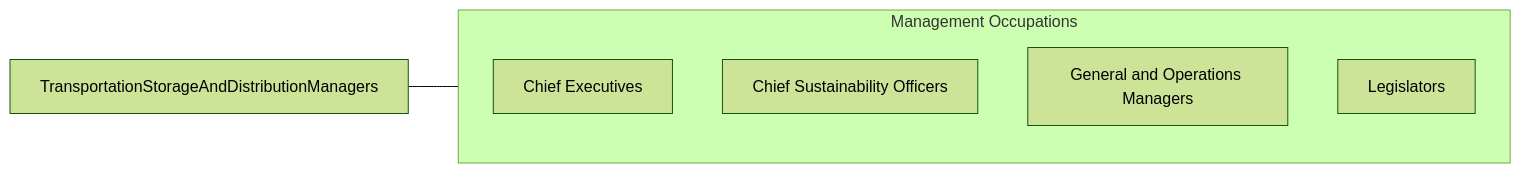
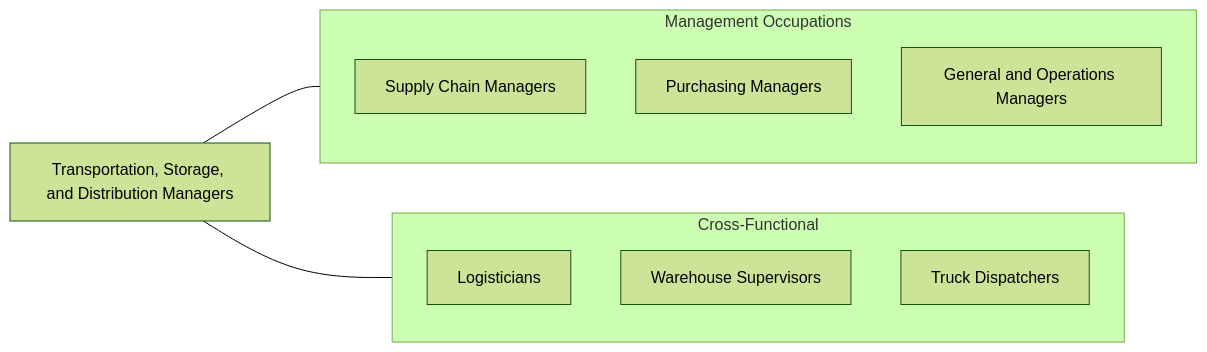
One commit to kziemski/business.org.ai changed the fourth of 4 diagrams in occupations/Management/TransportationStorageAndDistributionManagers.mdx. Above: the diagram before and after it, drawn with Mermaid (forest theme). The commit also changed other lines of this file and 938 other files, not shown here.

````diff
--- a/occupations/Management/TransportationStorageAndDistributionManagers.mdx
+++ b/occupations/Management/TransportationStorageAndDistributionManagers.mdx
@@ -117,13 +169,19 @@
 ```mermaid
 graph LR
-    Current["TransportationStorageAndDistributionManagers"]
+    TSD["Transportation, Storage, and Distribution Managers"]
 
     subgraph SameCategory["Management Occupations"]
-        ChiefExecutives["Chief Executives"]
-        ChiefSustainabilityO["Chief Sustainability Officers"]
-        GeneralAndOperations["General and Operations Managers"]
-        Legislators["Legislators"]
+        SCM["Supply Chain Managers"]
+        PM["Purchasing Managers"]
+        GOps["General and Operations Managers"]
     end
 
-    Current --- SameCategory
+    subgraph CrossFunctional["Cross-Functional"]
+        Log["Logisticians"]
+        WS["Warehouse Supervisors"]
+        TD["Truck Dispatchers"]
+    end
+
+    TSD --- SameCategory
+    TSD --- CrossFunctional
 ```
````
